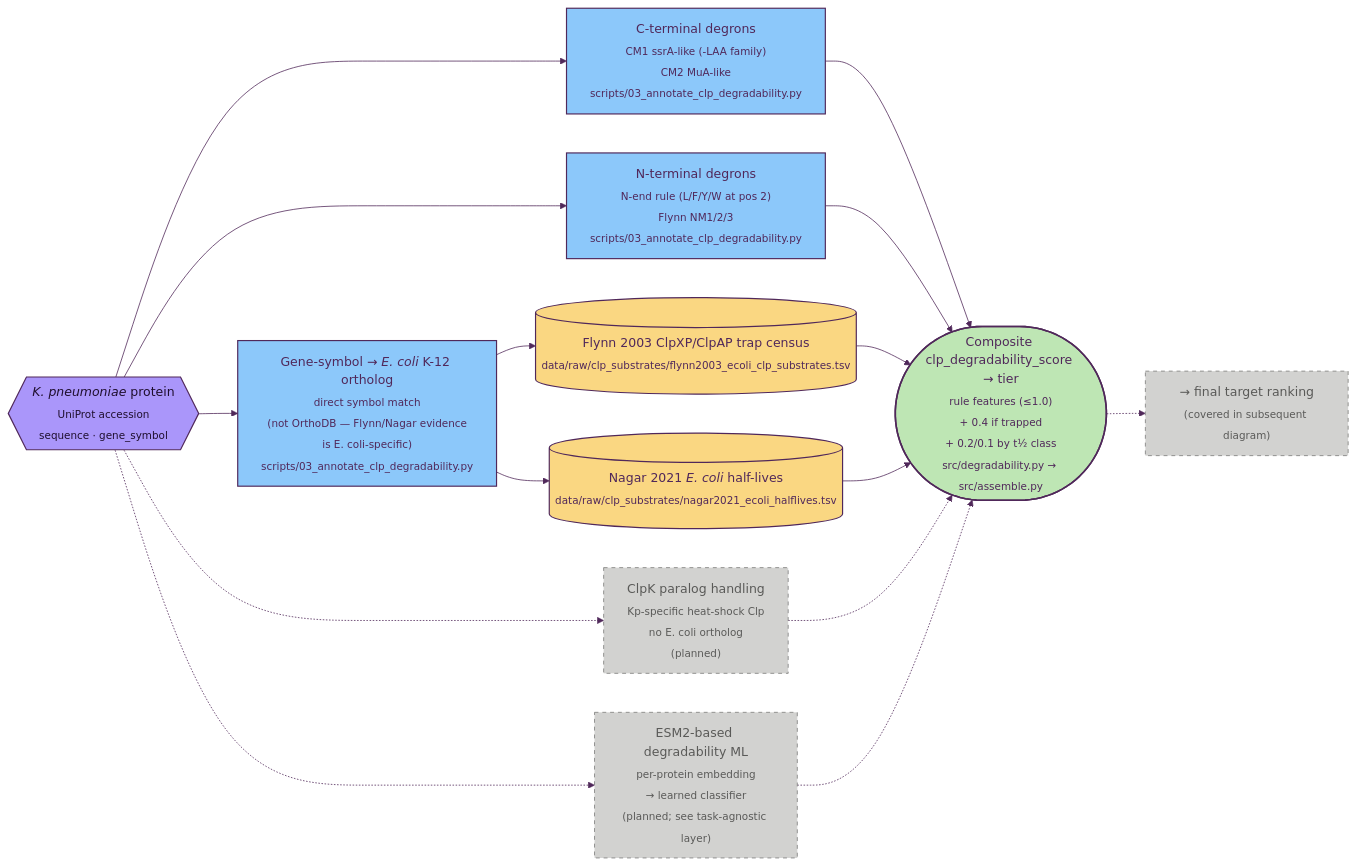
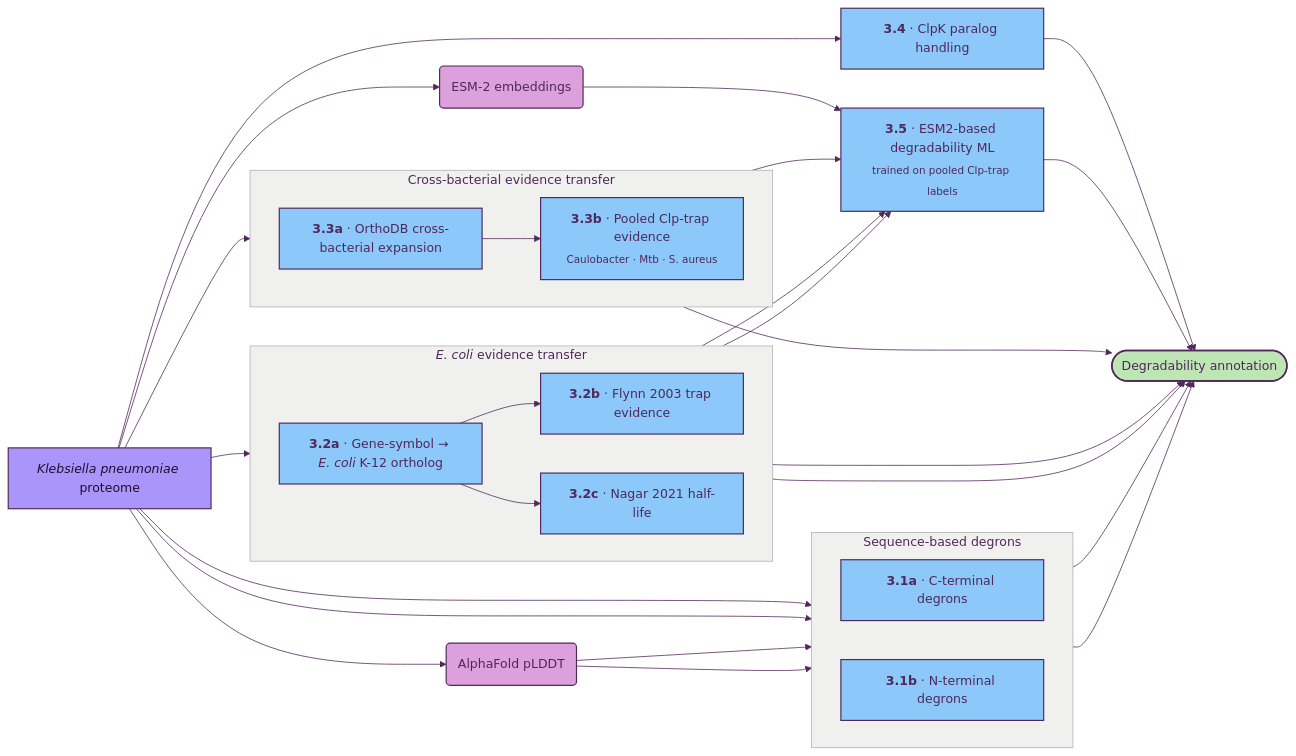
The diagram in docs/03_degradability.md (ersilia-os/gradi-target-prioritization), drawn with Mermaid before and after one commit. The commit also changed other lines of this file and 5 other files, not shown here.

Commit message:
working on diagrams

````diff
--- a/docs/03_degradability.md
+++ b/docs/03_degradability.md
@@ -16,33 +5,62 @@
 ```mermaid
 %%{init: {'theme':'base','themeVariables':{'primaryColor':'#FAD782','primaryBorderColor':'#50285A','primaryTextColor':'#50285A','lineColor':'#50285A','secondaryColor':'#8CC8FA','tertiaryColor':'#BEE6B4','clusterBkg':'#F0F0EE','clusterBorder':'#B0B0AE','titleColor':'#50285A','fontFamily':'Inter, system-ui, sans-serif'}}}%%
 flowchart LR
     classDef source    fill:#AA96FA,stroke:#50285A,stroke-width:1.5px,color:#1F0F2E
     classDef dataset   fill:#FAD782,stroke:#50285A,stroke-width:1.5px,color:#50285A
     classDef method    fill:#8CC8FA,stroke:#50285A,stroke-width:1.5px,color:#50285A
     classDef embedding fill:#AA96FA,stroke:#50285A,stroke-width:1.5px,color:#1F0F2E
     classDef result    fill:#BEE6B4,stroke:#50285A,stroke-width:2px,color:#50285A
     classDef tagnostic fill:#DCA0DC,stroke:#50285A,stroke-width:1.5px,color:#50285A
     classDef stub      fill:#FAA08C,stroke:#50285A,stroke-width:1.5px,stroke-dasharray:6 3,color:#50285A
     classDef planned   fill:#D2D2D0,stroke:#7A7A78,stroke-width:1px,stroke-dasharray:5 5,color:#5A5A58
 
-    P{{"<i>K. pneumoniae</i> protein<br/><sub>UniProt accession<br/>sequence · gene_symbol</sub>"}}:::source
+    P["<i>Klebsiella pneumoniae</i> proteome"]:::source
 
-    P --> CTERM["C-terminal degrons<br/><sub>CM1 ssrA-like (-LAA family)<br/>CM2 MuA-like</sub><br/><sub>scripts/03_annotate_clp_degradability.py</sub>"]:::method
-    P --> NTERM["N-terminal degrons<br/><sub>N-end rule (L/F/Y/W at pos 2)<br/>Flynn NM1/2/3</sub><br/><sub>scripts/03_annotate_clp_degradability.py</sub>"]:::method
+    STR("AlphaFold pLDDT"):::tagnostic
+    EMB("ESM-2 embeddings"):::tagnostic
 
-    P --> ORTH["Gene-symbol → <i>E. coli</i> K-12 ortholog<br/><sub>direct symbol match<br/>(not OrthoDB — Flynn/Nagar evidence<br/>is E. coli-specific)</sub><br/><sub>scripts/03_annotate_clp_degradability.py</sub>"]:::method
-    ORTH --> FLYNN[("Flynn 2003 ClpXP/ClpAP trap census<br/><sub>data/raw/clp_substrates/flynn2003_ecoli_clp_substrates.tsv</sub>")]:::dataset
-    ORTH --> NAGAR[("Nagar 2021 <i>E. coli</i> half-lives<br/><sub>data/raw/clp_substrates/nagar2021_ecoli_halflives.tsv</sub>")]:::dataset
+    subgraph DEGRONS [" Sequence-based degrons "]
+        direction LR
+        CTERM["<b>3.1a</b> · C-terminal degrons"]:::method
+        NTERM["<b>3.1b</b> · N-terminal degrons"]:::method
+    end
 
-    P -.-> CLPK["ClpK paralog handling<br/><sub>Kp-specific heat-shock Clp<br/>no E. coli ortholog</sub><br/><sub>(planned)</sub>"]:::planned
-    P -.-> ESM2["ESM2-based degradability ML<br/><sub>per-protein embedding<br/>→ learned classifier</sub><br/><sub>(planned; see task-agnostic layer)</sub>"]:::planned
+    subgraph ECOLI [" <i>E. coli</i> evidence transfer "]
+        direction LR
+        ORTH["<b>3.2a</b> · Gene-symbol → <i>E. coli</i> K-12 ortholog"]:::method
+        FLYNN["<b>3.2b</b> · Flynn 2003 trap evidence"]:::method
+        NAGAR["<b>3.2c</b> · Nagar 2021 half-life"]:::method
+    end
 
-    CTERM --> SCORE(["Composite clp_degradability_score → tier<br/><sub>rule features (≤1.0)<br/>+ 0.4 if trapped<br/>+ 0.2/0.1 by t½ class</sub><br/><sub>src/degradability.py → src/assemble.py</sub>"]):::result
-    NTERM --> SCORE
-    FLYNN --> SCORE
-    NAGAR --> SCORE
-    CLPK -.-> SCORE
-    ESM2 -.-> SCORE
+    subgraph XBAC [" Cross-bacterial evidence transfer "]
+        direction LR
+        ORTH_XB["<b>3.3a</b> · OrthoDB cross-bacterial expansion"]:::method
+        XB_TRAP["<b>3.3b</b> · Pooled Clp-trap evidence<br/><sub>Caulobacter · Mtb · S. aureus</sub>"]:::method
+    end
 
-    SCORE -.-> NEXT["→ final target ranking<br/><sub>(covered in subsequent diagram)</sub>"]:::planned
+    P --> STR
+    P --> EMB
+    P --> CTERM
+    P --> NTERM
+    STR --> CTERM
+    STR --> NTERM
+    P --> ORTH
+    ORTH --> FLYNN
+    ORTH --> NAGAR
+    P --> ORTH_XB
+    ORTH_XB --> XB_TRAP
+
+    P --> CLPK["<b>3.4</b> · ClpK paralog handling"]:::method
+    EMB     --> ESM2ML["<b>3.5</b> · ESM2-based degradability ML<br/><sub>trained on pooled Clp-trap labels</sub>"]:::method
+    FLYNN   --> ESM2ML
+    NAGAR   --> ESM2ML
+    XB_TRAP --> ESM2ML
+
+    CTERM   --> SCORE(["Degradability annotation"]):::result
+    NTERM   --> SCORE
+    FLYNN   --> SCORE
+    NAGAR   --> SCORE
+    XB_TRAP --> SCORE
+    CLPK    --> SCORE
+    ESM2ML  --> SCORE
 ```
````
